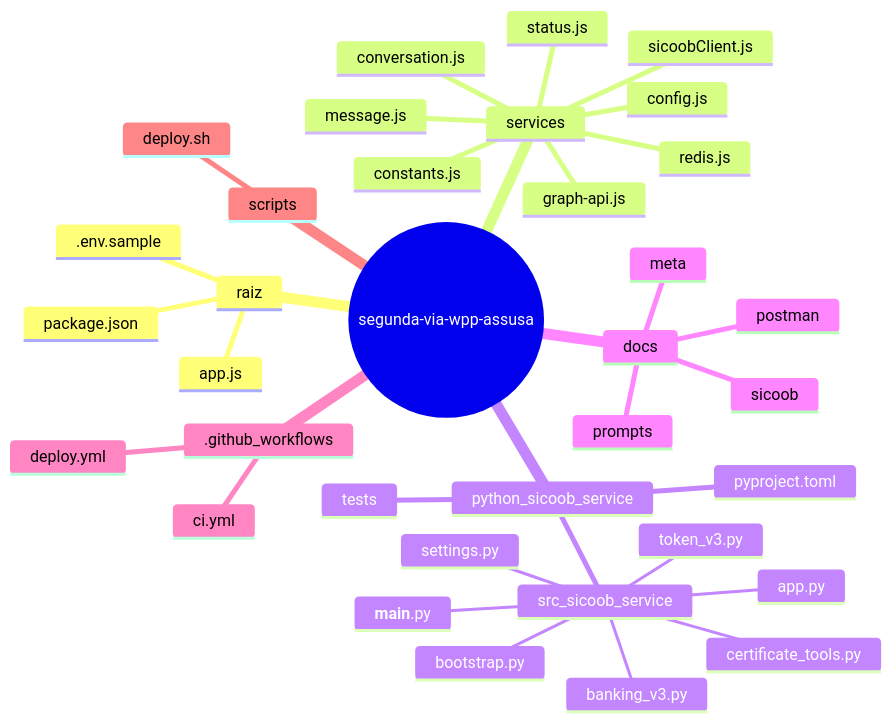
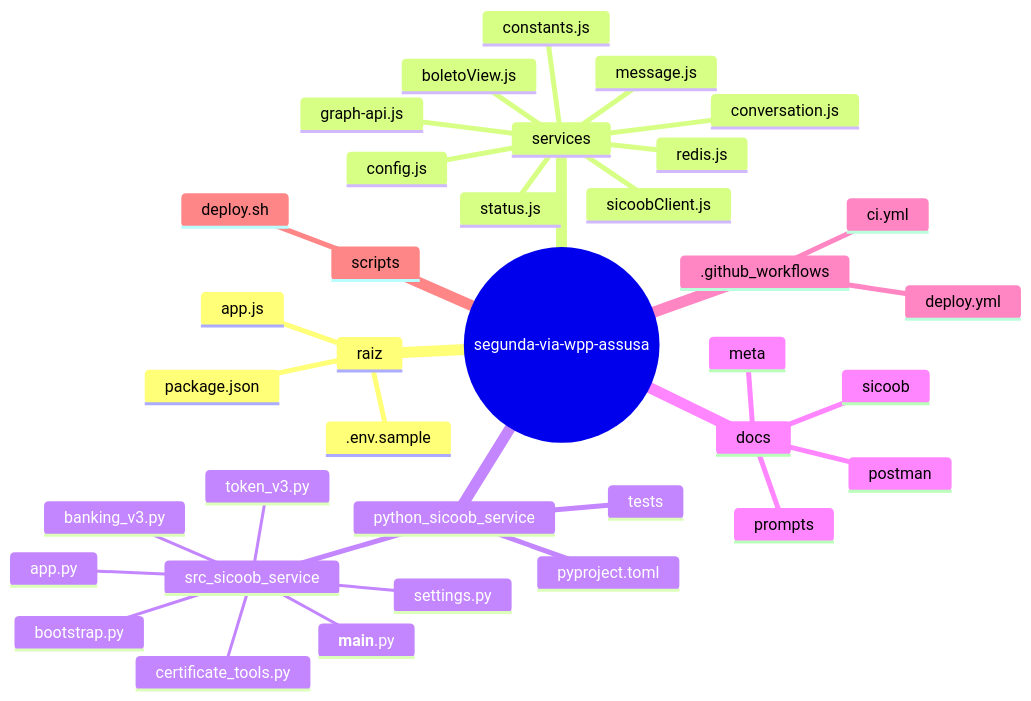
Before and after one commit to joaovianaamr/Assusa: the first of 3 diagrams in docs/ARCHITECTURE.md, drawn with Mermaid. The commit also changed other lines of this file and 21 other files, not shown here.

````diff
--- a/docs/ARCHITECTURE.md
+++ b/docs/ARCHITECTURE.md
@@ -12,38 +12,39 @@
 ```mermaid
 mindmap
   root((segunda-via-wpp-assusa))
     raiz
       package.json
       app.js
       .env.sample
     services
+      boletoView.js
       config.js
       constants.js
       conversation.js
       graph-api.js
       message.js
       status.js
       redis.js
       sicoobClient.js
     python_sicoob_service
       pyproject.toml
       src_sicoob_service
         app.py
         bootstrap.py
         settings.py
         banking_v3.py
         token_v3.py
         certificate_tools.py
         __main__.py
       tests
     docs
       meta
       sicoob
       postman
       prompts
     .github_workflows
       ci.yml
       deploy.yml
     scripts
       deploy.sh
 ```
````
